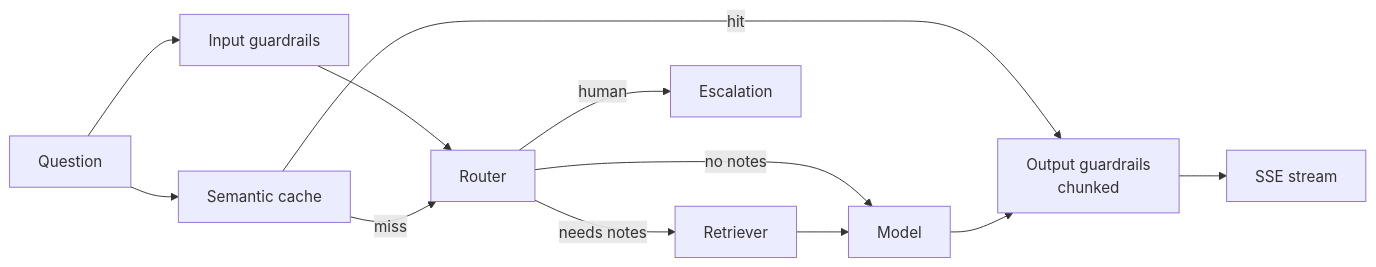
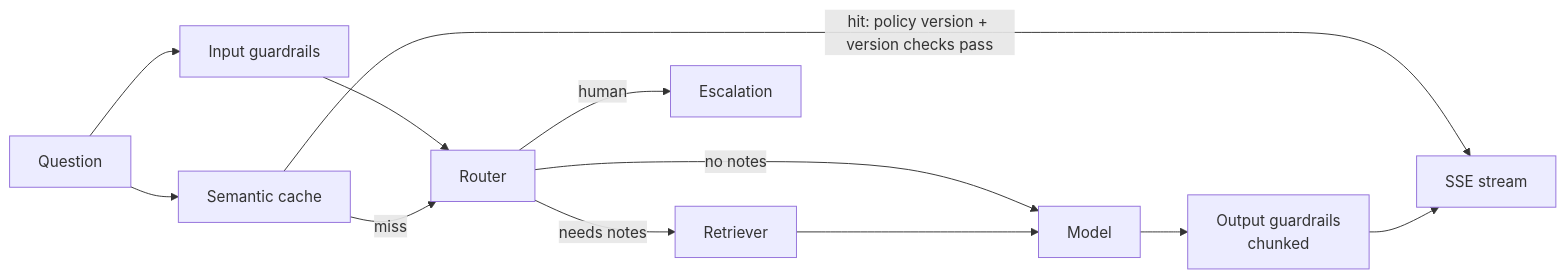
Before and after one commit to izasahmedldeveloper/ai-labs: the diagram in docs/lld/03-chat-orchestrator-pipeline.md, drawn with Mermaid. The commit also changed other lines of this file and 12 other files, not shown here.

````diff
--- a/docs/lld/03-chat-orchestrator-pipeline.md
+++ b/docs/lld/03-chat-orchestrator-pipeline.md
@@ -7,12 +7,12 @@
 ```mermaid
 flowchart LR
   Q[Question] --> IG[Input guardrails]
   Q --> SC[Semantic cache]
   IG --> RT[Router]
-  SC -->|hit| OG
+  SC -->|hit: policy version + version checks pass| OUT
   SC -->|miss| RT
   RT -->|needs notes| RET[Retriever]
   RT -->|no notes| M[Model]
   RET --> M --> OG[Output guardrails<br/>chunked] --> OUT[SSE stream]
   RT -->|human| ESC[Escalation]
 ```
````
